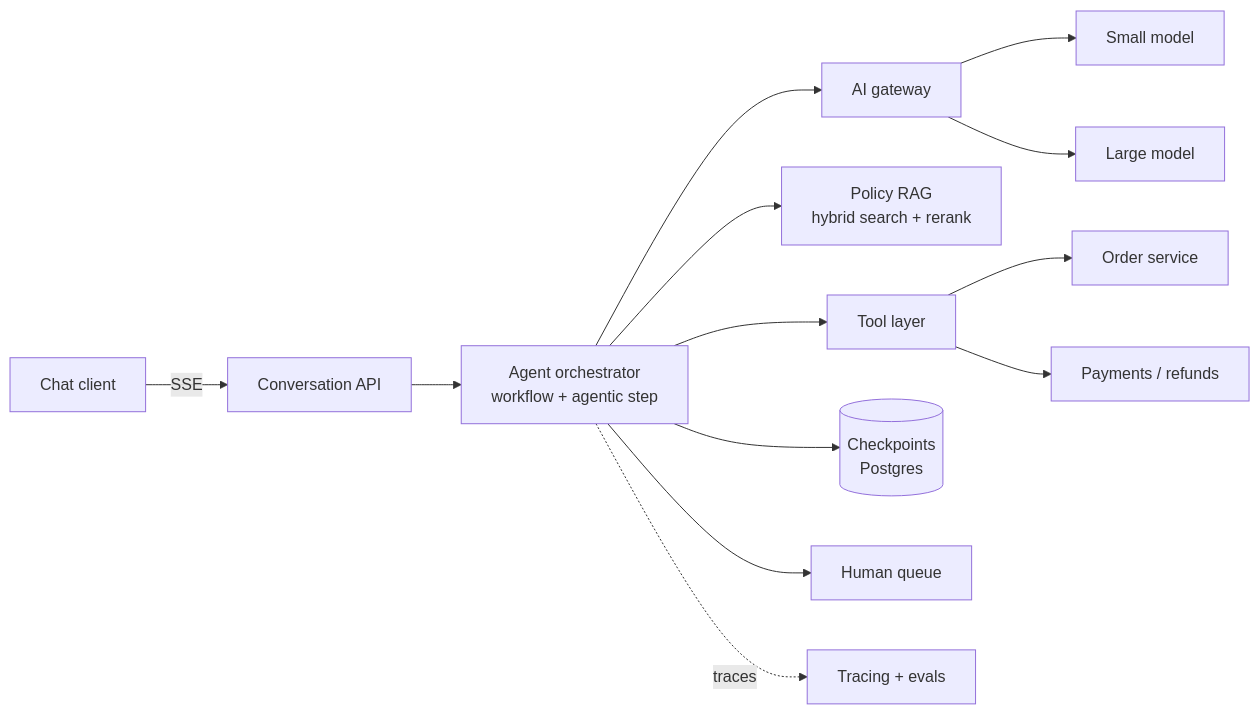
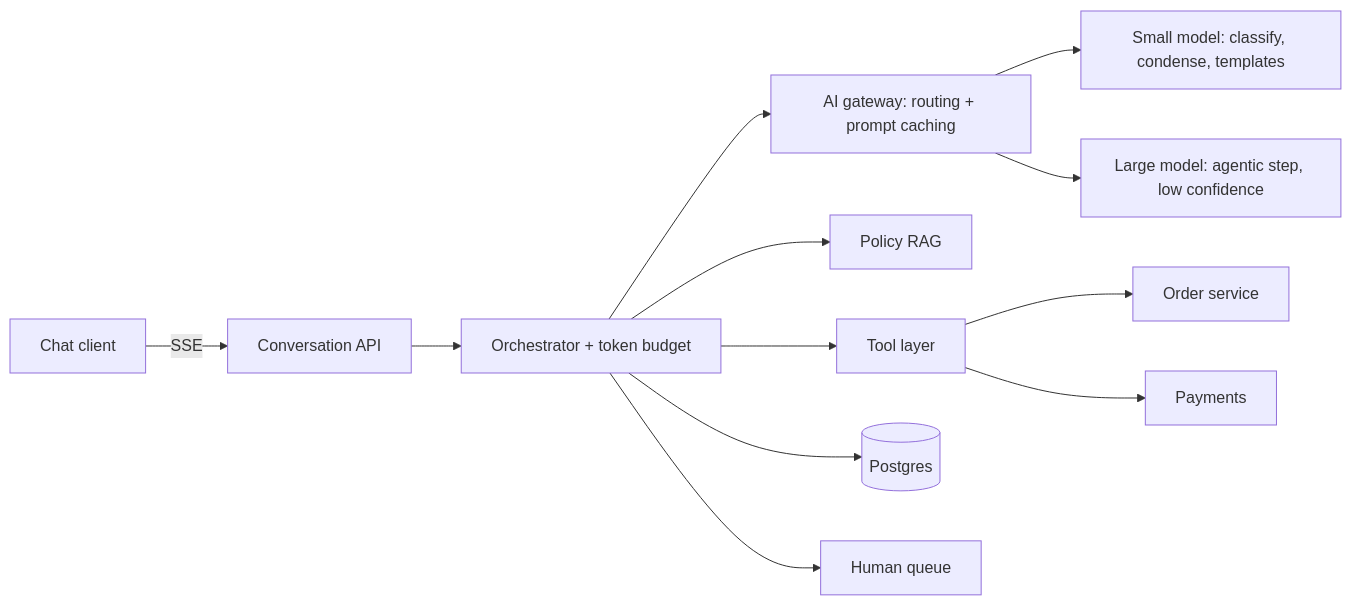
One commit to zekkrron/cs-knowledge-base changed the second of 5 diagrams in Agentic/Problems/01 - Customer Support Agent with Refunds.md. Above: the diagram before and after it, drawn with Mermaid. The commit also changed other lines of this file and 46 other files, not shown here.

````diff
--- a/Agentic/Problems/01 - Customer Support Agent with Refunds.md
+++ b/Agentic/Problems/01 - Customer Support Agent with Refunds.md
@@ -40,15 +149,14 @@
 ```mermaid
 flowchart LR
     C[Chat client] -->|SSE| API[Conversation API]
-    API --> ORC[Agent orchestrator<br/>workflow + agentic step]
-    ORC --> GW[AI gateway]
-    GW --> SM[Small model]
-    GW --> LM[Large model]
-    ORC --> RAG[Policy RAG<br/>hybrid search + rerank]
-    ORC --> TOOLS[Tool layer]
-    TOOLS --> OMS[Order service]
-    TOOLS --> PAY[Payments / refunds]
-    ORC --> CP[(Checkpoints<br/>Postgres)]
+    API --> ORC[Orchestrator + token budget]
+    ORC --> GW[AI gateway: routing + prompt caching]
+    GW --> SM[Small model: classify, condense, templates]
+    GW --> LM[Large model: agentic step, low confidence]
+    ORC --> RAG[Policy RAG]
+    ORC --> T[Tool layer]
+    T --> OMS[Order service]
+    T --> PAY[Payments]
+    ORC --> PG[(Postgres)]
     ORC --> HQ[Human queue]
-    ORC -.traces.-> OBS[Tracing + evals]
 ```
````
